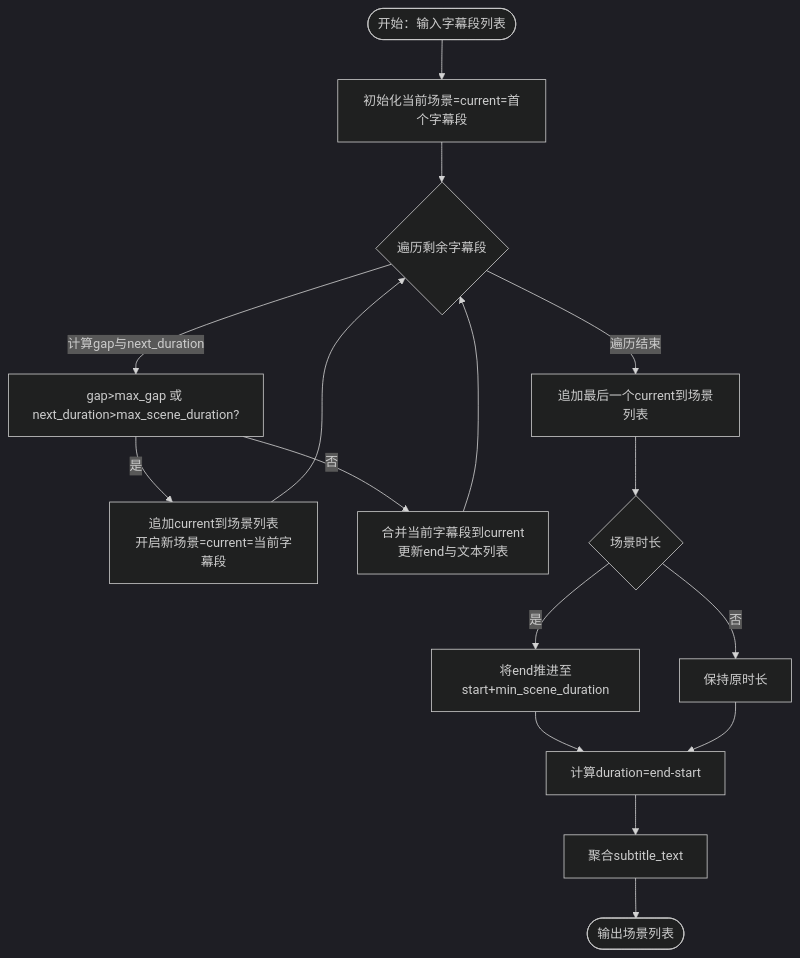
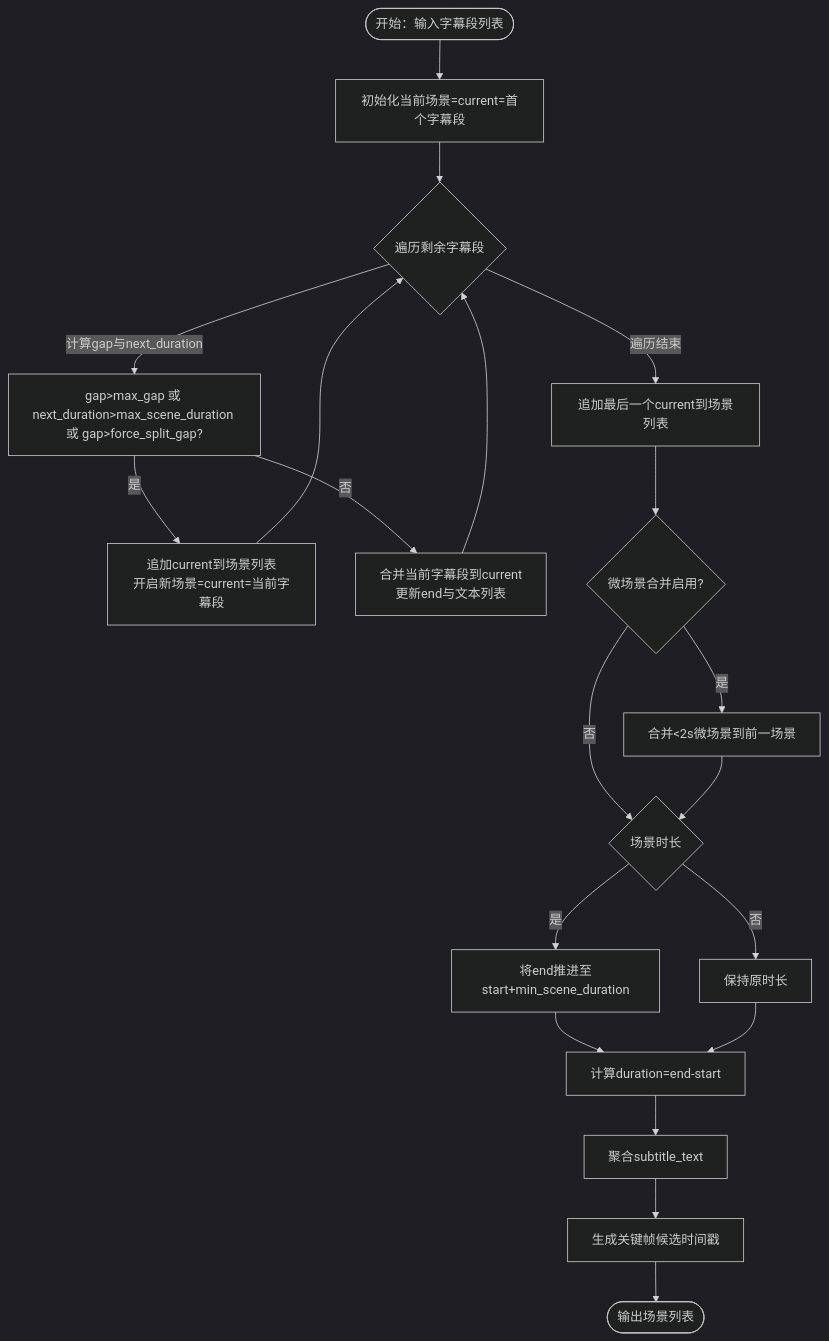
One commit to wowoduang/AIVideoClaude changed the third of 11 diagrams in .qoder/repowiki/zh/content/核心功能/视频处理服务/场景构建器.md. Above: the diagram before and after it, drawn with Mermaid (dark theme). The commit also changed other lines of this file and 32 other files, not shown here.

````diff
--- a/.qoder/repowiki/zh/content/核心功能/视频处理服务/场景构建器.md
+++ b/.qoder/repowiki/zh/content/核心功能/视频处理服务/场景构建器.md
@@ -225,18 +247,22 @@
 ```mermaid
 flowchart TD
 Start(["开始：输入字幕段列表"]) --> Init["初始化当前场景=current=首个字幕段"]
 Init --> Loop{"遍历剩余字幕段"}
-Loop --> |计算gap与next_duration| Check["gap>max_gap 或 next_duration>max_scene_duration?"]
+Loop --> |计算gap与next_duration| Check["gap>max_gap 或 next_duration>max_scene_duration 或 gap>force_split_gap?"]
 Check --> |是| Split["追加current到场景列表<br/>开启新场景=current=当前字幕段"]
 Check --> |否| Merge["合并当前字幕段到current<br/>更新end与文本列表"]
 Split --> Loop
 Merge --> Loop
 Loop --> |遍历结束| Append["追加最后一个current到场景列表"]
-Append --> MinDur{"场景时长<min_scene_duration?"}
+Append --> Micro{"微场景合并启用?"}
+Micro --> |是| MergeMicro["合并<2s微场景到前一场景"]
+Micro --> |否| MinDur{"场景时长<min_scene_duration?"}
+MergeMicro --> MinDur
 MinDur --> |是| Pad["将end推进至start+min_scene_duration"]
 MinDur --> |否| Skip["保持原时长"]
 Pad --> Duration["计算duration=end-start"]
 Duration --> Text["聚合subtitle_text"]
-Text --> Done(["输出场景列表"])
+Text --> Candidates["生成关键帧候选时间戳"]
+Candidates --> Done(["输出场景列表"])
 Skip --> Duration
 ```
````
